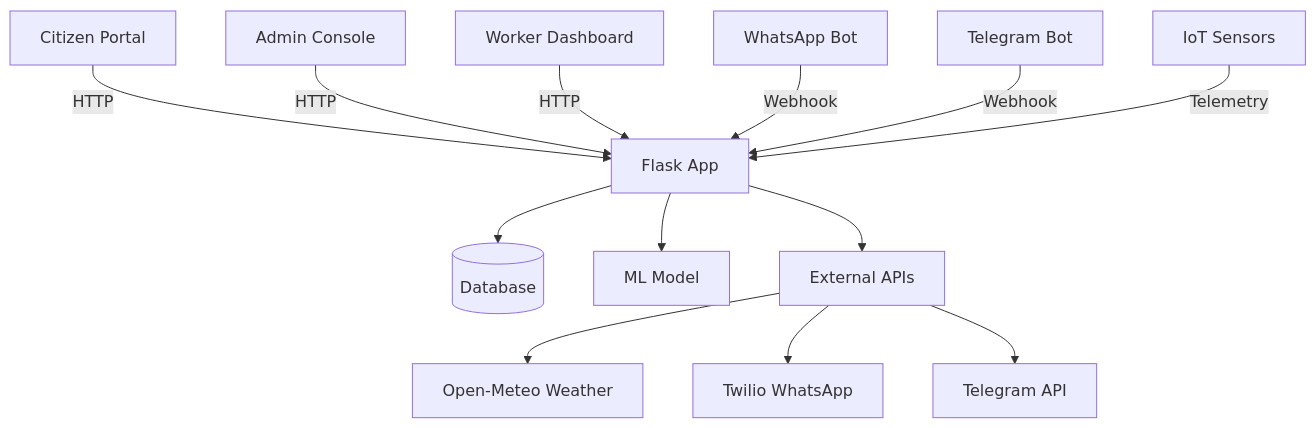
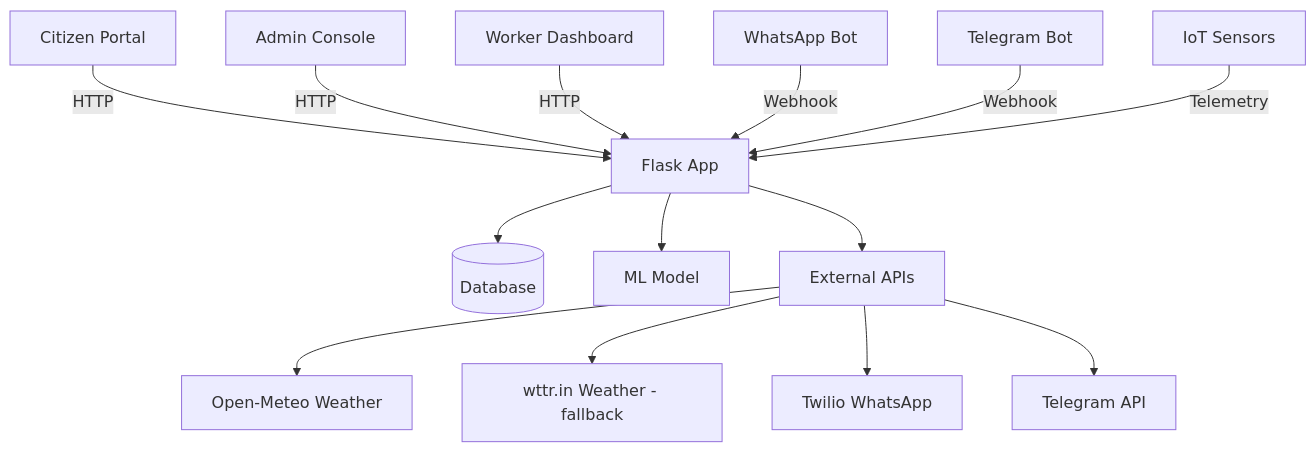
The first of 2 diagrams in ARCHITECTURE.md (jaganmohan08112005-sketch/SmartgarbageCSP), drawn with Mermaid before and after one commit. The commit also changed 9 other files, not shown here.

First line of the commit message:
feat: weather fallback (wttr.in), schema enrichment, copy variation, funnel events

````diff
--- a/ARCHITECTURE.md
+++ b/ARCHITECTURE.md
@@ -5,17 +5,18 @@
 ```mermaid
 graph TD
     A[Citizen Portal] -->|HTTP| B[Flask App]
     C[Admin Console] -->|HTTP| B
     D[Worker Dashboard] -->|HTTP| B
     E[WhatsApp Bot] -->|Webhook| B
     F[Telegram Bot] -->|Webhook| B
     G[IoT Sensors] -->|Telemetry| B
     
     B --> H[(Database)]
     B --> I[ML Model]
     B --> J[External APIs]
     
     J --> K[Open-Meteo Weather]
+    J --> K2[wttr.in Weather - fallback]
     J --> L[Twilio WhatsApp]
     J --> M[Telegram API]
 ```
````
